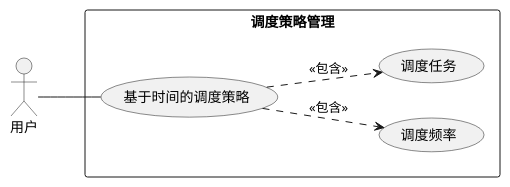
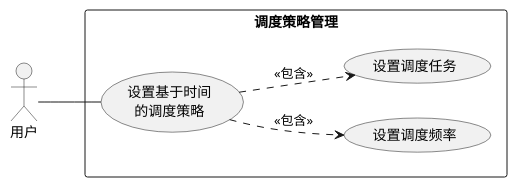
Before and after one commit to woshigerunze/new_paper: the diagram in uml/schedule_yongli.wsd, drawn with PlantUML. The commit also changed 5 other files, not shown here.

Commit message:
修改错字 && 修改插图错误

```diff
--- a/uml/schedule_yongli.wsd
+++ b/uml/schedule_yongli.wsd
@@ -1,12 +1,12 @@
 @startuml
 left to right direction
 skinparam packageStyle rectangle
 actor 用户
 rectangle 调度策略管理 {
-用户 -- (基于时间的调度策略)
-(基于时间的调度策略) .-> (调度频率) : <<包含>>
-(基于时间的调度策略) .-> (调度任务) : <<包含>>
+用户 -- (设置基于时间\n的调度策略)
+(设置基于时间\n的调度策略) .-> (设置调度频率) : <<包含>>
+(设置基于时间\n的调度策略) .-> (设置调度任务) : <<包含>>
 
 }
 
 @enduml
```
